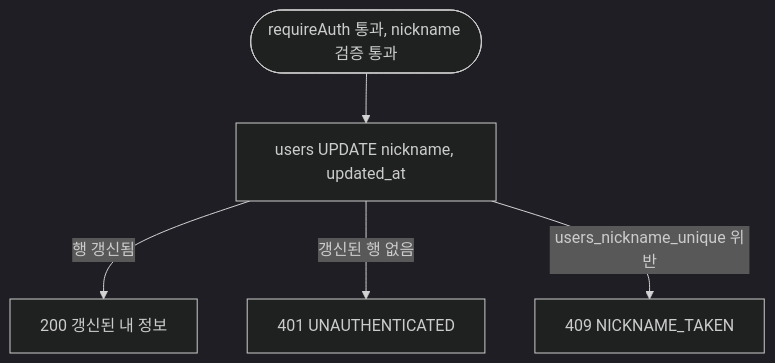
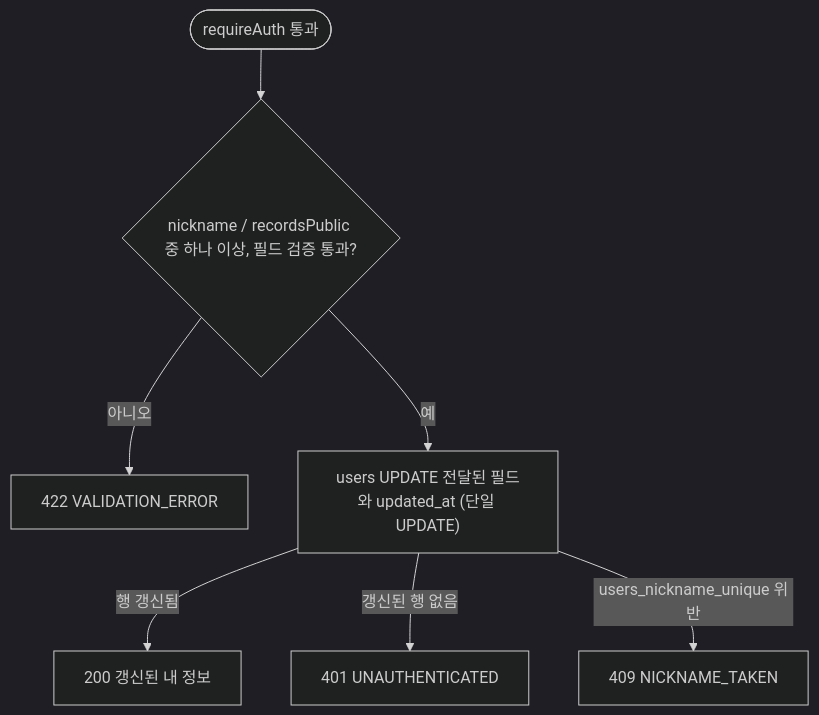
One commit to EscapeFromGyeongsan/ft_transcendence changed diagram 30 of 49 in Document/SDS.md. Above: the diagram before and after it, drawn with Mermaid (dark theme). The commit also changed other lines of this file and 28 other files, not shown here.

````diff
--- a/Document/SDS.md
+++ b/Document/SDS.md
@@ -1309,7 +1312,9 @@
 ```mermaid
 flowchart TD
-    S([requireAuth 통과, nickname 검증 통과]) --> Up["users UPDATE nickname, updated_at"]
+    S([requireAuth 통과]) --> V{"nickname / recordsPublic 중 하나 이상, 필드 검증 통과?"}
+    V -->|아니오| R422[422 VALIDATION_ERROR]
+    V -->|예| Up["users UPDATE 전달된 필드와 updated_at (단일 UPDATE)"]
     Up -->|행 갱신됨| R200[200 갱신된 내 정보]
     Up -->|갱신된 행 없음| R401[401 UNAUTHENTICATED]
     Up -->|users_nickname_unique 위반| R409[409 NICKNAME_TAKEN]
 ```
````
